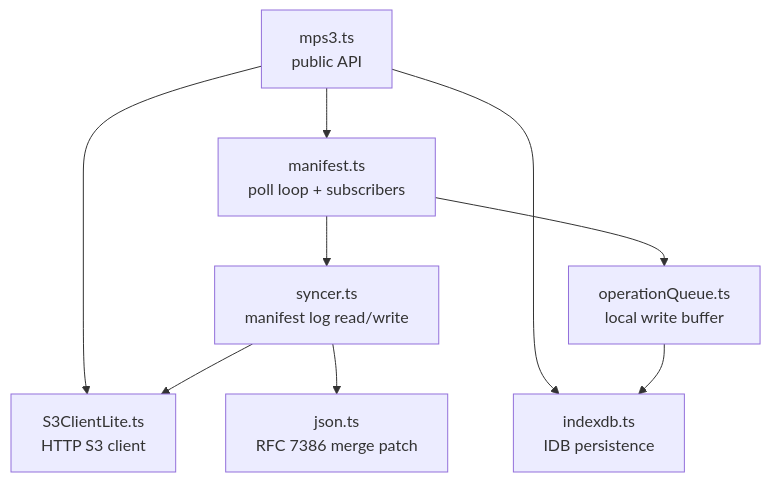
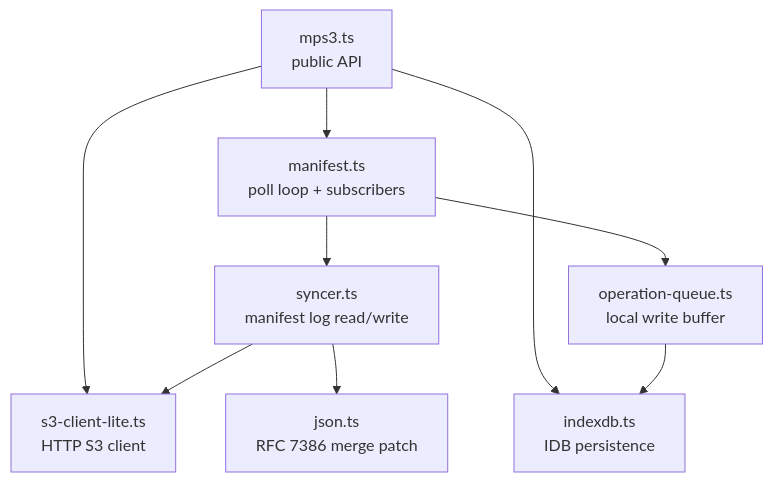
The diagram in docs/ARCHITECTURE.md (Gusto/baerly-storage), drawn with Mermaid before and after one commit. The commit also changed other lines of this file and 31 other files, not shown here.

````diff
--- a/docs/ARCHITECTURE.md
+++ b/docs/ARCHITECTURE.md
@@ -18,19 +18,19 @@
 ```mermaid
 graph TD
     mps3[mps3.ts<br/>public API]
-    operationQueue[operationQueue.ts<br/>local write buffer]
+    operationQueue[operation-queue.ts<br/>local write buffer]
     manifest[manifest.ts<br/>poll loop + subscribers]
     syncer[syncer.ts<br/>manifest log read/write]
-    s3client[S3ClientLite.ts<br/>HTTP S3 client]
+    s3client[s3-client-lite.ts<br/>HTTP S3 client]
     json[json.ts<br/>RFC 7386 merge patch]
     indexdb[indexdb.ts<br/>IDB persistence]
 
     mps3 --> manifest
     mps3 --> s3client
     mps3 --> indexdb
     manifest --> syncer
     manifest --> operationQueue
     syncer --> s3client
     syncer --> json
     operationQueue --> indexdb
 ```
````
